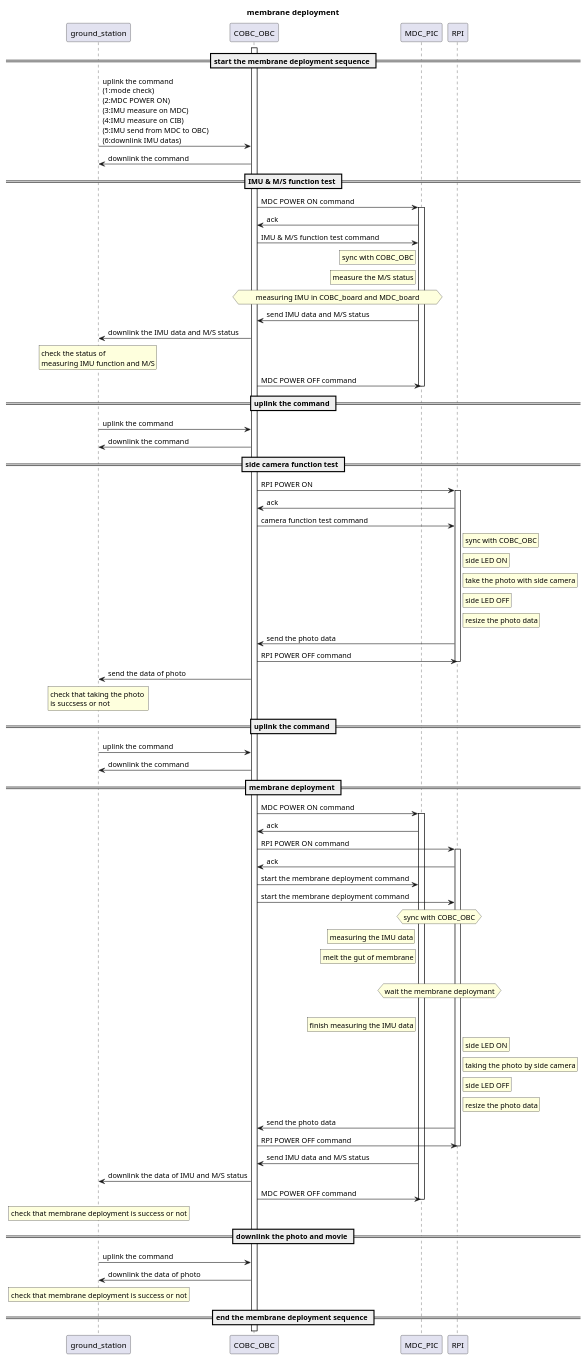
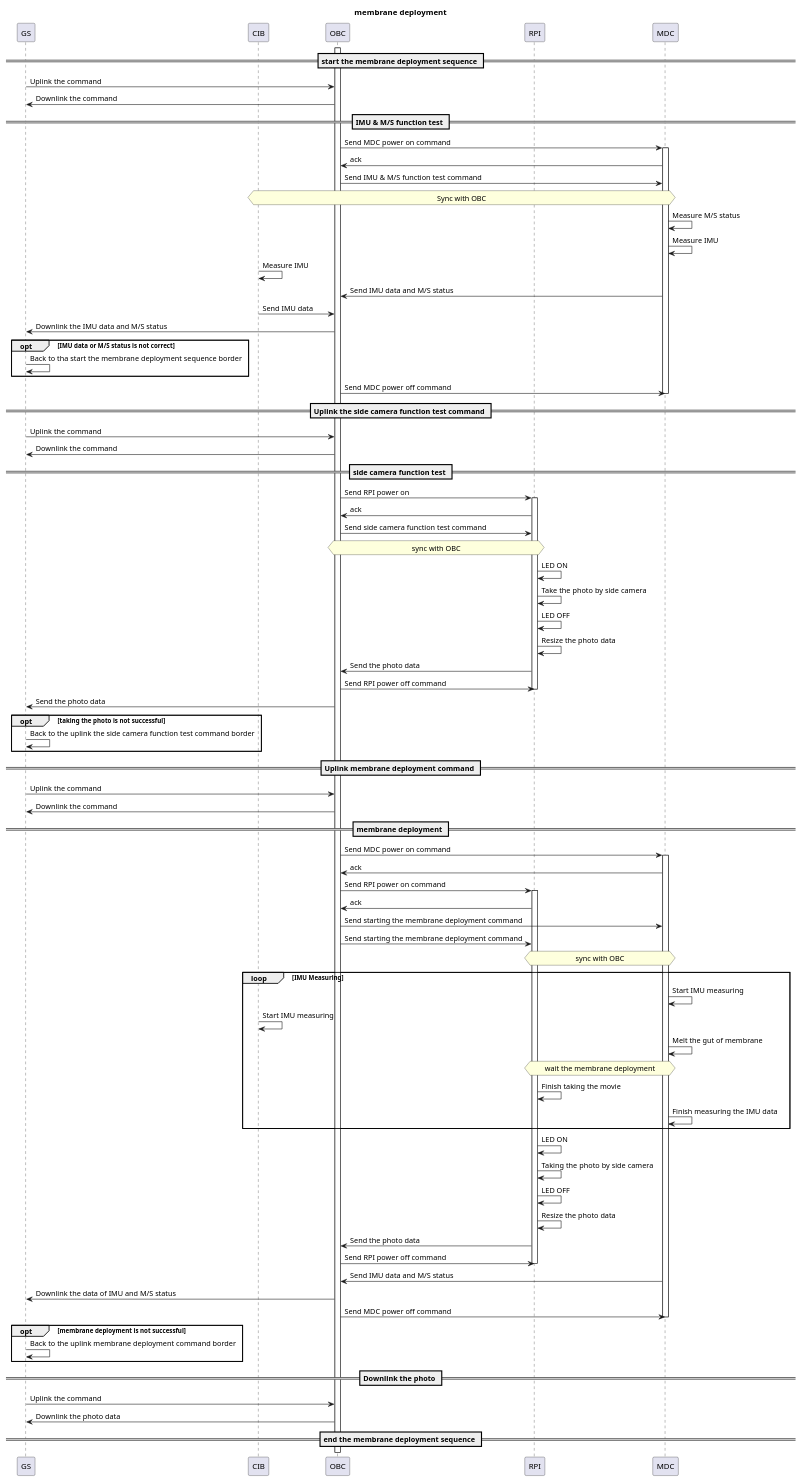
One commit to OrigamiSat1Project/Operation_UML changed the diagram in sequence_map/membrane_deployment_not_extension/membrane_deployment_not_extension.pu. Above: the diagram before and after it, drawn with PlantUML. The commit also changed other lines of this file and 5 other files, not shown here.

Commit message:
Commit the sequence ver1

```diff
--- a/sequence_map/membrane_deployment_not_extension/membrane_deployment_not_extension.pu
+++ b/sequence_map/membrane_deployment_not_extension/membrane_deployment_not_extension.pu
@@ -3,87 +3,97 @@
 @startuml
 title membrane deployment
 
-participant ground_station
-participant COBC_OBC
-participant MDC_PIC
+participant GS
+participant CIB
+participant OBC
 participant RPI
+participant MDC
 
 == start the membrane deployment sequence ==
-activate COBC_OBC
-ground_station -> COBC_OBC: uplink the command \n(1:mode check) \n(2:MDC POWER ON) \n(3:IMU measure on MDC) \n(4:IMU measure on CIB) \n(5:IMU send from MDC to OBC) \n(6:downlink IMU datas)
-COBC_OBC -> ground_station: downlink the command 
+activate OBC
+GS -> OBC: Uplink the command 
+OBC -> GS: Downlink the command 
 
 == IMU & M/S function test ==
-COBC_OBC -> MDC_PIC         : MDC POWER ON command
-activate MDC_PIC
-MDC_PIC  -> COBC_OBC        : ack
-COBC_OBC -> MDC_PIC         : IMU & M/S function test command
-rnote left of MDC_PIC       : sync with COBC_OBC
-rnote left of MDC_PIC       : measure the M/S status
-hnote over COBC_OBC, MDC_PIC: measuring IMU in COBC_board and MDC_board
-MDC_PIC  -> COBC_OBC        : send IMU data and M/S status
-COBC_OBC -> ground_station  : downlink the IMU data and M/S status
-rnote over ground_station   : check the status of \nmeasuring IMU function and M/S
-COBC_OBC -> MDC_PIC         : MDC POWER OFF command
-deactivate MDC_PIC
+OBC -> MDC         : Send MDC power on command
+activate MDC
+MDC  -> OBC        : ack
+OBC -> MDC         : Send IMU & M/S function test command
+hnote over CIB,MDC : Sync with OBC
+MDC -> MDC : Measure M/S status
+MDC -> MDC : Measure IMU
+CIB -> CIB : Measure IMU
+MDC -> OBC        : Send IMU data and M/S status
+CIB -> OBC : Send IMU data
+OBC -> GS  : Downlink the IMU data and M/S status
+opt IMU data or M/S status is not correct
+    GS -> GS : Back to tha start the membrane deployment sequence border
+end
+OBC -> MDC         : Send MDC power off command
+deactivate MDC
 
-== uplink the command ==
-ground_station -> COBC_OBC  : uplink the command
-COBC_OBC -> ground_station  : downlink the command
+== Uplink the side camera function test command ==
+GS -> OBC  : Uplink the command
+OBC -> GS  : Downlink the command
 
 == side camera function test ==
-COBC_OBC -> RPI             : RPI POWER ON
+OBC -> RPI             : Send RPI power on
 activate RPI
-RPI -> COBC_OBC             : ack
-COBC_OBC -> RPI             : camera function test command
-rnote right of RPI          : sync with COBC_OBC
-rnote right of RPI          : side LED ON
-rnote right of RPI          : take the photo with side camera
-rnote right of RPI          : side LED OFF
-rnote right of RPI          : resize the photo data
-RPI -> COBC_OBC             : send the photo data
-COBC_OBC -> RPI             : RPI POWER OFF command
+RPI -> OBC             : ack
+OBC -> RPI             : Send side camera function test command
+hnote over OBC,RPI          : sync with OBC
+RPI -> RPI          : LED ON
+RPI -> RPI          : Take the photo by side camera
+RPI -> RPI          : LED OFF
+RPI -> RPI          : Resize the photo data
+RPI -> OBC             : Send the photo data
+OBC -> RPI             : Send RPI power off command
 deactivate RPI
-COBC_OBC -> ground_station  : send the data of photo
-rnote over ground_station   : check that taking the photo \nis succsess or not
+OBC -> GS  : Send the photo data
+opt taking the photo is not successful
+    GS -> GS : Back to the uplink the side camera function test command border
+end
 
-== uplink the command ==
-ground_station -> COBC_OBC  : uplink the command
-COBC_OBC -> ground_station  : downlink the command
+== Uplink membrane deployment command ==
+GS -> OBC  : Uplink the command
+OBC -> GS  : Downlink the command
 
 == membrane deployment ==
-COBC_OBC -> MDC_PIC         : MDC POWER ON command
-activate MDC_PIC
-MDC_PIC -> COBC_OBC         : ack
-COBC_OBC -> RPI             : RPI POWER ON command
+OBC -> MDC         : Send MDC power on command
+activate MDC
+MDC -> OBC         : ack
+OBC -> RPI             : Send RPI power on command
 activate RPI
-RPI -> COBC_OBC             : ack
-COBC_OBC -> MDC_PIC         : start the membrane deployment command
-COBC_OBC -> RPI             : start the membrane deployment command
-hnote over MDC_PIC, RPI     : sync with COBC_OBC
-rnote left of MDC_PIC       : measuring the IMU data
-rnote left of MDC_PIC       : melt the gut of membrane
-|||
-hnote over RPI,MDC_PIC      : wait the membrane deploymant
-|||
-rnote left of MDC_PIC       : finish measuring the IMU data
-rnote right of RPI          : side LED ON
-rnote right of RPI          : taking the photo by side camera
-rnote right of RPI          : side LED OFF
-rnote right of RPI          : resize the photo data
-RPI -> COBC_OBC             : send the photo data
-COBC_OBC -> RPI             : RPI POWER OFF command
+RPI -> OBC             : ack
+OBC -> MDC         : Send starting the membrane deployment command
+OBC -> RPI             : Send starting the membrane deployment command
+hnote over MDC, RPI     : sync with OBC
+loop IMU Measuring
+MDC -> MDC        : Start IMU measuring
+CIB -> CIB  : Start IMU measuring
+MDC -> MDC        : Melt the gut of membrane
+hnote over RPI,MDC      : wait the membrane deployment
+RPI -> RPI          : Finish taking the movie
+MDC -> MDC        : Finish measuring the IMU data
+end
+RPI -> RPI : LED ON
+RPI -> RPI          : Taking the photo by side camera
+RPI -> RPI          : LED OFF
+RPI -> RPI          : Resize the photo data
+RPI -> OBC             : Send the photo data
+OBC -> RPI             : Send RPI power off command
 deactivate RPI
-MDC_PIC -> COBC_OBC         : send IMU data and M/S status
-COBC_OBC -> ground_station  : downlink the data of IMU and M/S status
-COBC_OBC -> MDC_PIC         : MDC POWER OFF command
-deactivate MDC_PIC
-rnote over ground_station   : check that membrane deployment is success or not
+MDC -> OBC         : Send IMU data and M/S status
+OBC -> GS  : Downlink the data of IMU and M/S status
+OBC -> MDC         : Send MDC power off command
+deactivate MDC
+opt membrane deployment is not successful
+    GS -> GS : Back to the uplink membrane deployment command border
+end
 
-== downlink the photo and movie ==
-ground_station -> COBC_OBC  : uplink the command
-COBC_OBC -> ground_station  : downlink the data of photo
-rnote over ground_station   : check that membrane deployment is success or not
+== Downlink the photo ==
+GS -> OBC  : Uplink the command
+OBC -> GS  : Downlink the photo data
 
 == end the membrane deployment sequence ==
 @enduml
```
